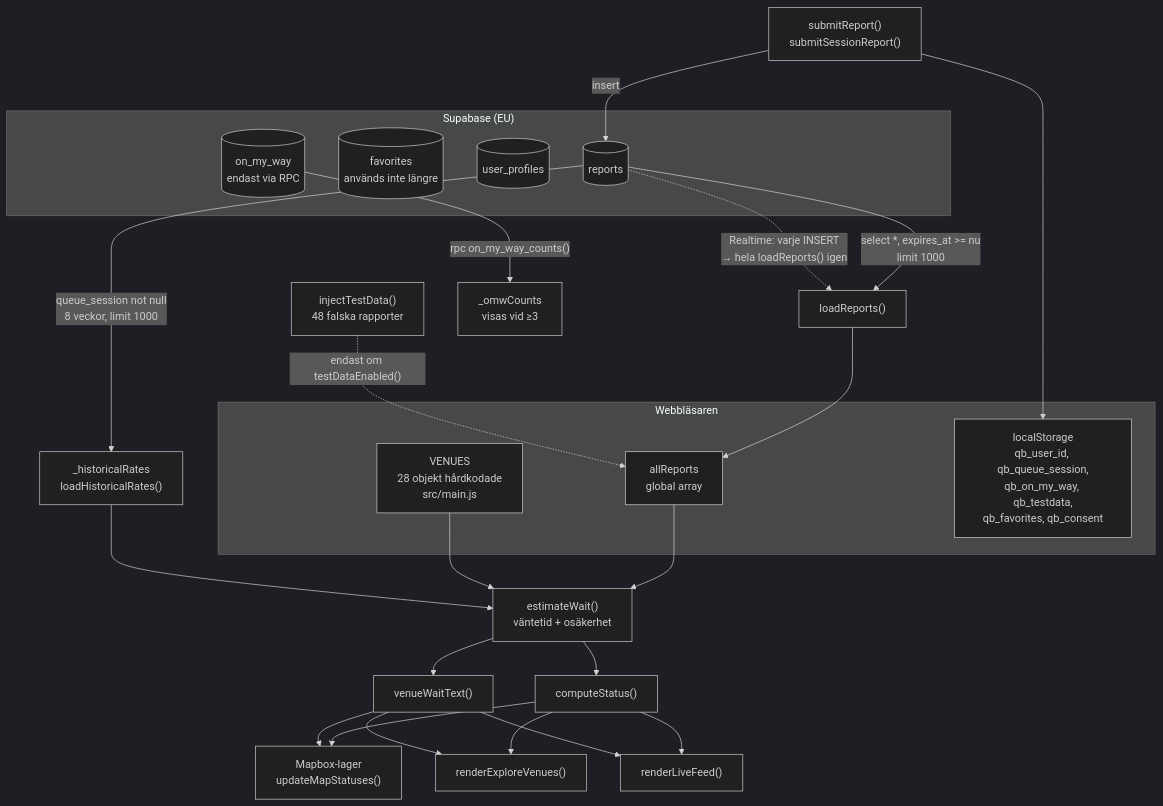
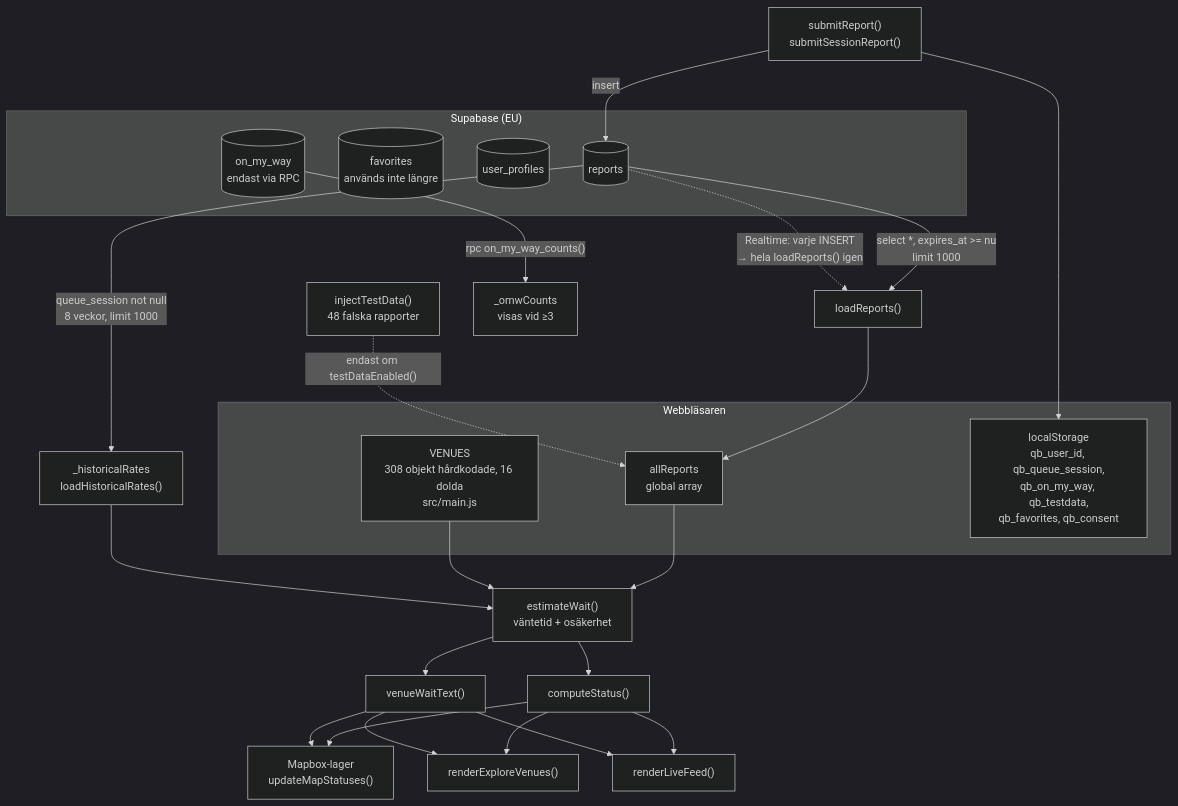
Before and after one commit to faisuseng3-dotcom/Anchor: the diagram in docs/ARCHITECTURE.md, drawn with Mermaid (dark theme). The commit also changed other lines of this file and 11 other files, not shown here.

````diff
--- a/docs/ARCHITECTURE.md
+++ b/docs/ARCHITECTURE.md
@@ -120,39 +120,39 @@
 ```mermaid
 flowchart TD
     subgraph Klient["Webbläsaren"]
-        VENUES["VENUES<br/>28 objekt hårdkodade<br/>src/main.js"]
+        VENUES["VENUES<br/>308 objekt hårdkodade, 16 dolda<br/>src/main.js"]
         AR["allReports<br/>global array"]
         LS["localStorage<br/>qb_user_id, qb_queue_session,<br/>qb_on_my_way, qb_testdata,<br/>qb_favorites, qb_consent"]
     end
 
     subgraph DB["Supabase (EU)"]
         REPORTS[("reports")]
         FAV[("favorites<br/>används inte längre")]
         PROF[("user_profiles")]
         OMW[("on_my_way<br/>endast via RPC")]
     end
 
     REPORTS -->|"select *, expires_at >= nu<br/>limit 1000"| LR["loadReports()"]
     LR --> AR
     TD["injectTestData()<br/>48 falska rapporter"] -.->|"endast om testDataEnabled()"| AR
 
     AR --> EW["estimateWait()<br/>väntetid + osäkerhet"]
     VENUES --> EW
     HR["_historicalRates<br/>loadHistoricalRates()"] --> EW
     REPORTS -->|"queue_session not null<br/>8 veckor, limit 1000"| HR
 
     EW --> CS["computeStatus()"]
     EW --> VWT["venueWaitText()"]
 
     CS --> MAP["Mapbox-lager<br/>updateMapStatuses()"]
     VWT --> MAP
     CS --> EXP["renderExploreVenues()"]
     VWT --> EXP
     CS --> LIVE["renderLiveFeed()"]
     VWT --> LIVE
 
     RPT["submitReport()<br/>submitSessionReport()"] -->|insert| REPORTS
     RPT --> LS
     REPORTS -.->|"Realtime: varje INSERT<br/>→ hela loadReports() igen"| LR
     OMW -->|"rpc on_my_way_counts()"| OMWC["_omwCounts<br/>visas vid ≥3"]
 ```
````
